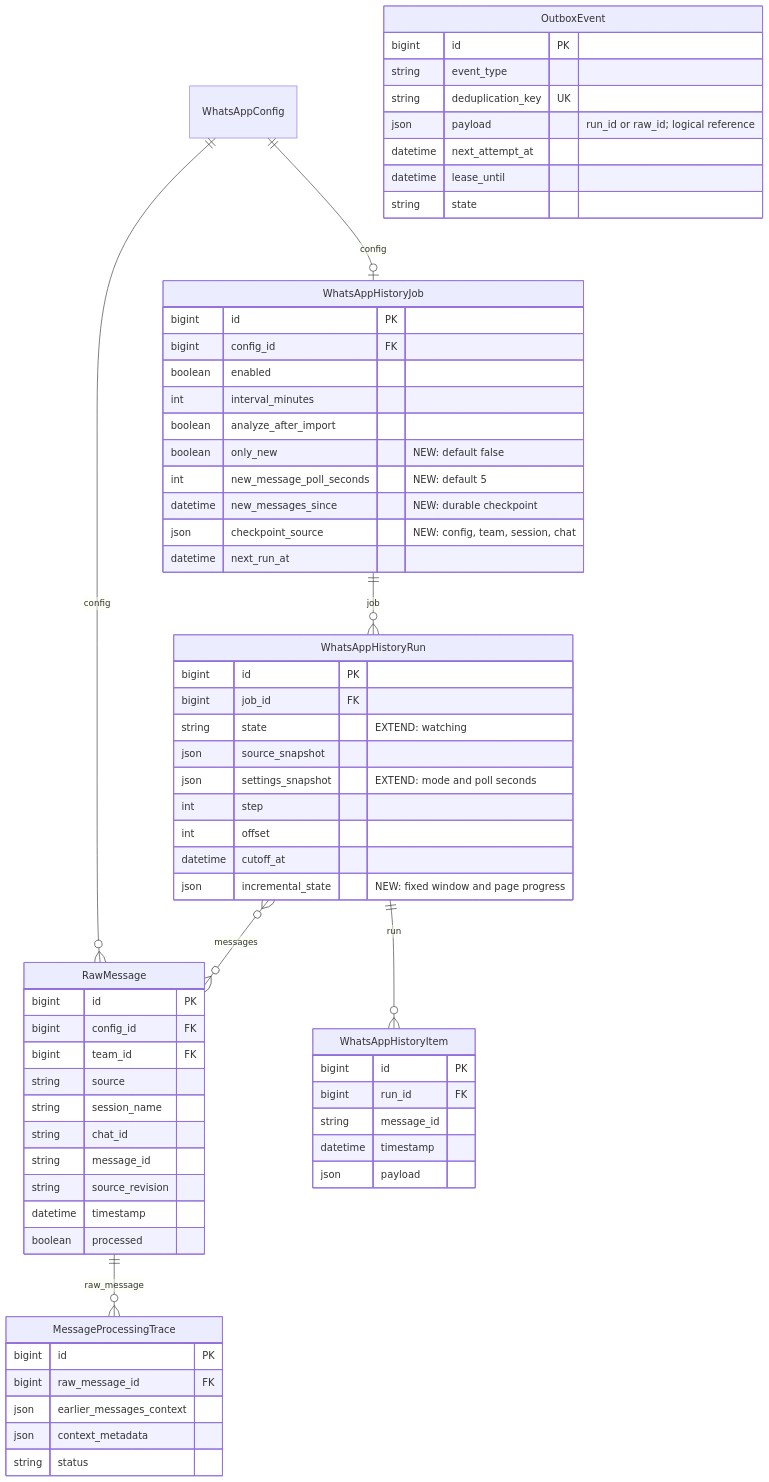
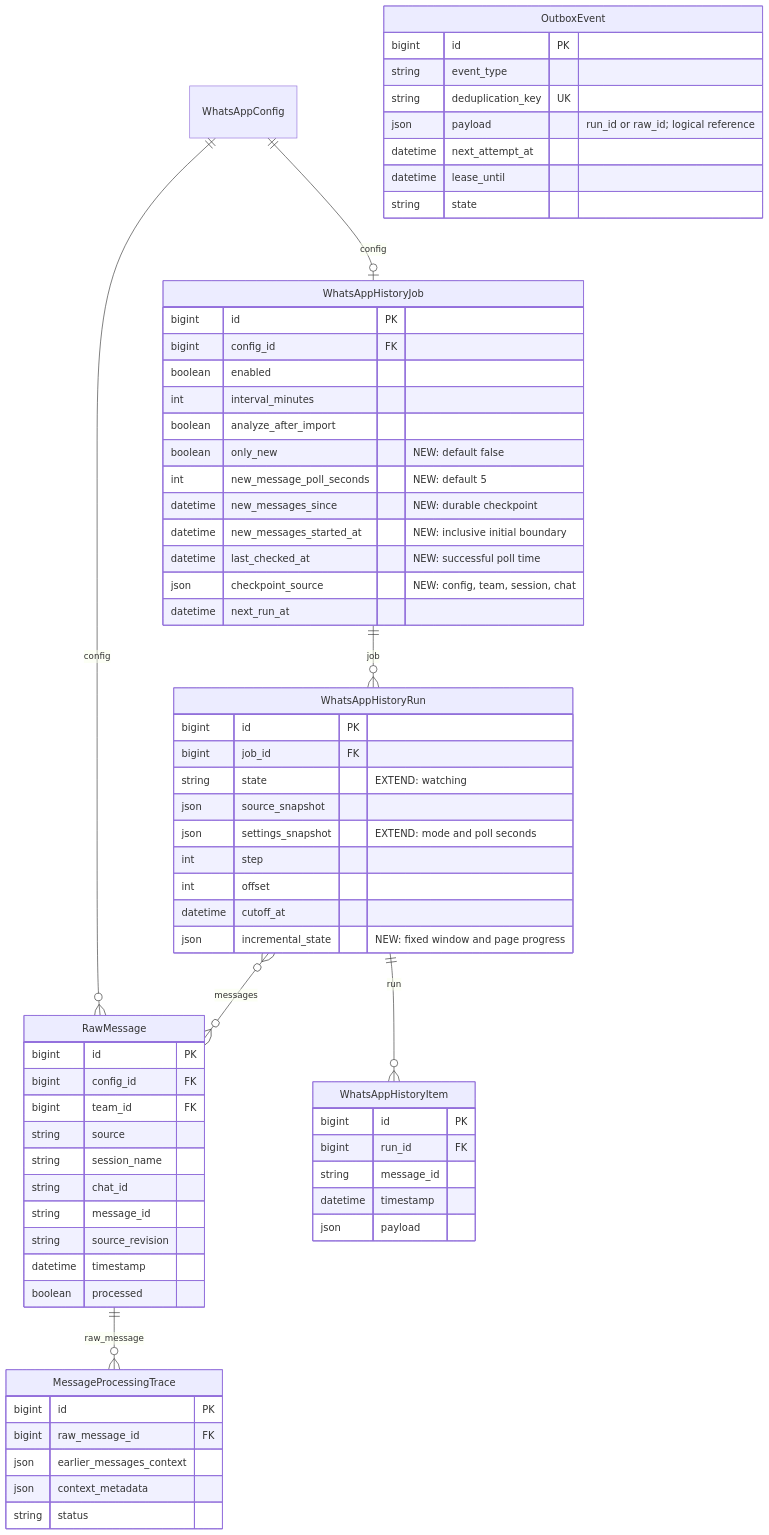
The first of 2 diagrams in specs/task_2026-09-29_15-33-45_MSK.md (envOnion/kz-mazory), drawn with Mermaid before and after one commit. The commit also changed other lines of this file and 1 other file, not shown here.

````diff
--- a/specs/task_2026-09-29_15-33-45_MSK.md
+++ b/specs/task_2026-09-29_15-33-45_MSK.md
@@ -9,67 +9,69 @@
 ```mermaid
 erDiagram
     WhatsAppConfig ||--o| WhatsAppHistoryJob : config
     WhatsAppHistoryJob ||--o{ WhatsAppHistoryRun : job
     WhatsAppConfig ||--o{ RawMessage : config
     WhatsAppHistoryRun }o--o{ RawMessage : messages
     WhatsAppHistoryRun ||--o{ WhatsAppHistoryItem : run
     RawMessage ||--o{ MessageProcessingTrace : raw_message
     WhatsAppHistoryJob {
         bigint id PK
         bigint config_id FK
         boolean enabled
         int interval_minutes
         boolean analyze_after_import
         boolean only_new "NEW: default false"
         int new_message_poll_seconds "NEW: default 5"
         datetime new_messages_since "NEW: durable checkpoint"
+        datetime new_messages_started_at "NEW: inclusive initial boundary"
+        datetime last_checked_at "NEW: successful poll time"
         json checkpoint_source "NEW: config, team, session, chat"
         datetime next_run_at
     }
     WhatsAppHistoryRun {
         bigint id PK
         bigint job_id FK
         string state "EXTEND: watching"
         json source_snapshot
         json settings_snapshot "EXTEND: mode and poll seconds"
         int step
         int offset
         datetime cutoff_at
         json incremental_state "NEW: fixed window and page progress"
     }
     WhatsAppHistoryItem {
         bigint id PK
         bigint run_id FK
         string message_id
         datetime timestamp
         json payload
     }
     RawMessage {
         bigint id PK
         bigint config_id FK
         bigint team_id FK
         string source
         string session_name
         string chat_id
         string message_id
         string source_revision
         datetime timestamp
         boolean processed
     }
     OutboxEvent {
         bigint id PK
         string event_type
         string deduplication_key UK
         json payload "run_id or raw_id; logical reference"
         datetime next_attempt_at
         datetime lease_until
         string state
     }
     MessageProcessingTrace {
         bigint id PK
         bigint raw_message_id FK
         json earlier_messages_context
         json context_metadata
         string status
     }
 ```
````
